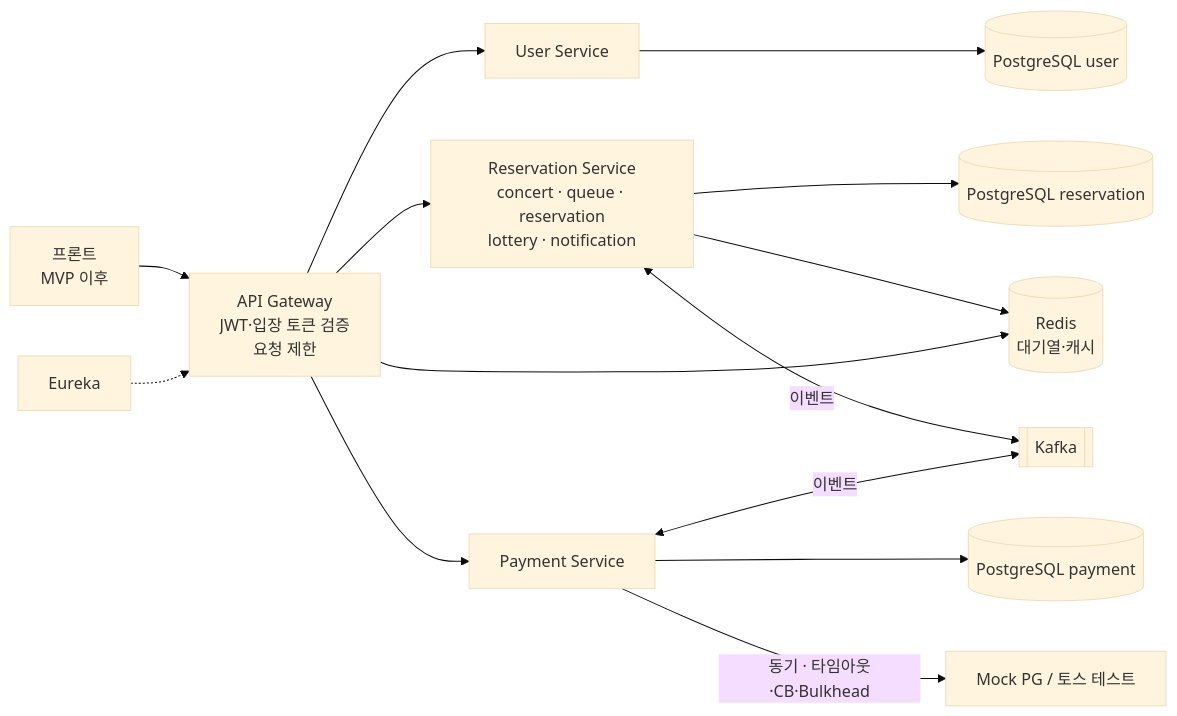
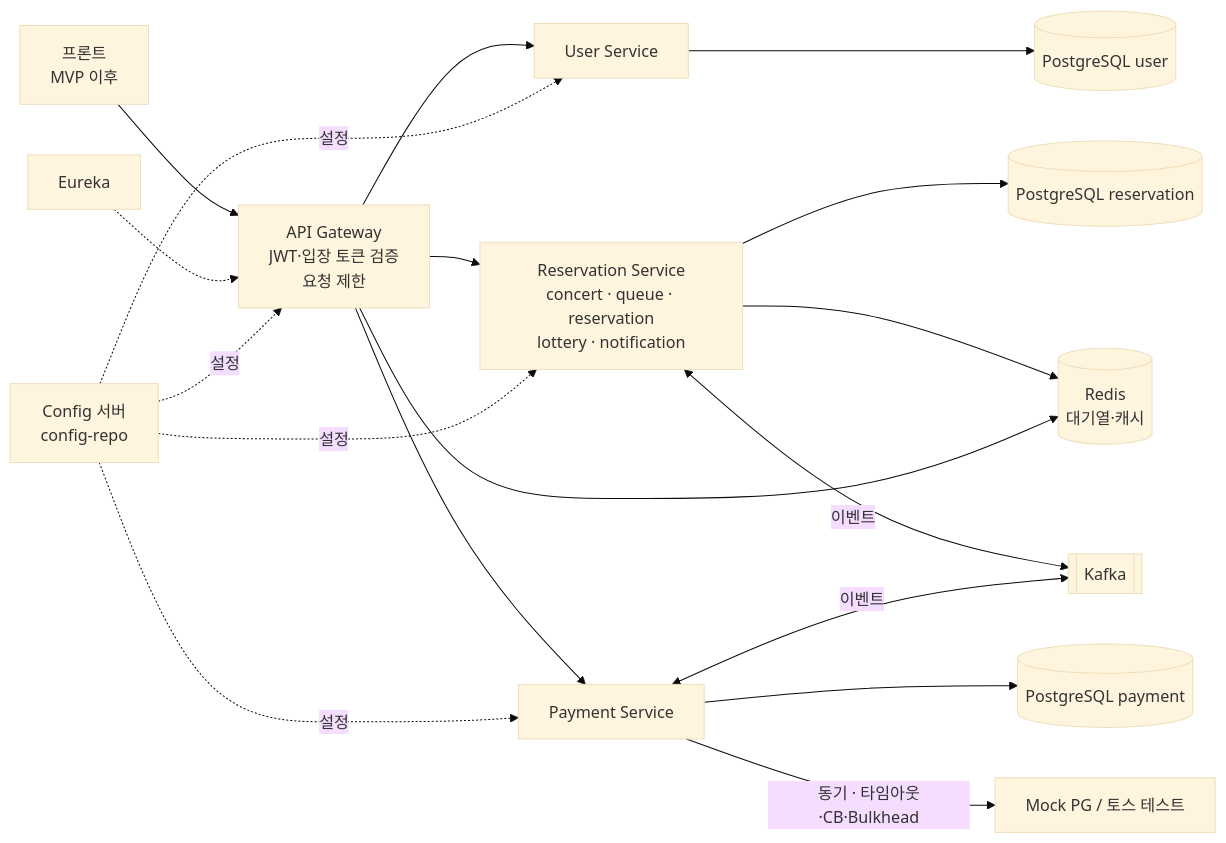
The second of 6 diagrams in docs/core/SA MASTER.md (iseonjwa/high-quality-ticketing-system), drawn with Mermaid (base theme) before and after one commit. The commit also changed other lines of this file and 3 other files, not shown here.

````diff
--- a/docs/core/SA MASTER.md
+++ b/docs/core/SA MASTER.md
@@ -458,16 +456,17 @@
 ```mermaid
 flowchart LR
   FE[프론트<br/>MVP 이후] --> GW[API Gateway<br/>JWT·입장 토큰 검증<br/>요청 제한]
   GW --> US[User Service]
   GW --> RS[Reservation Service<br/>concert · queue · reservation<br/>lottery · notification]
   GW --> PS[Payment Service]
   US --> UDB[(PostgreSQL user)]
   RS --> RDB[(PostgreSQL reservation)]
   PS --> PDB[(PostgreSQL payment)]
   RS --> RD[(Redis<br/>대기열·캐시)]
   GW --> RD
   RS <-->|이벤트| K[[Kafka]]
   PS <-->|이벤트| K
   PS -->|동기 · 타임아웃·CB·Bulkhead| PG[Mock PG / 토스 테스트]
   EU[Eureka] -.-> GW
+  CFG[Config 서버<br/>config-repo] -.설정.-> GW & US & RS & PS
 ```
````
